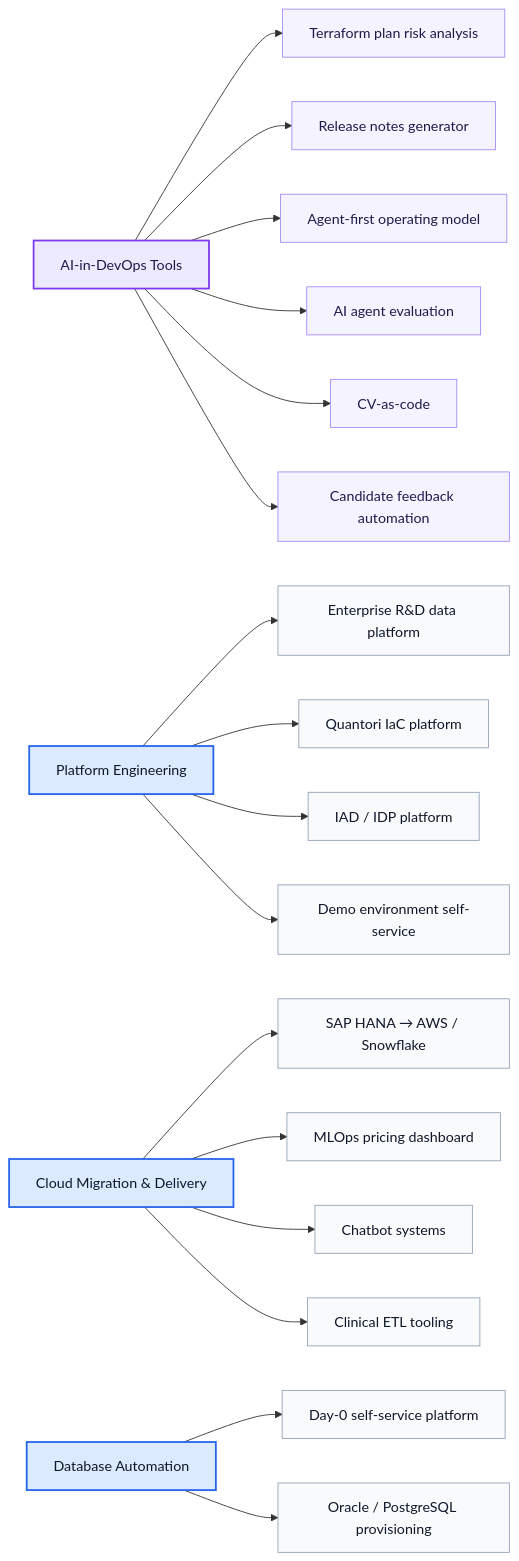
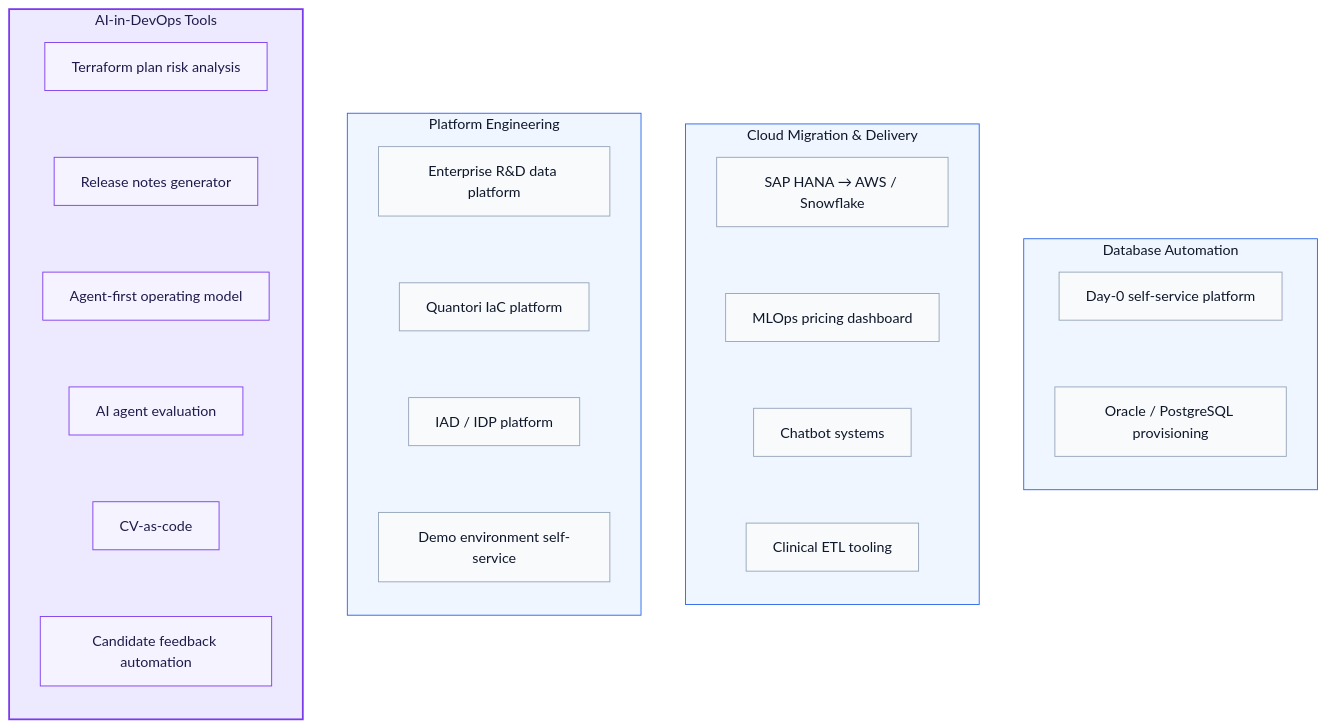
One commit to yurictl/ytimerkhanov-index.md changed the first of 2 diagrams in README.md. Above: the diagram before and after it, drawn with Mermaid. The commit also changed other lines of this file, not shown here.

Commit message:
Portfolio map: four compact columns instead of a tall tree

````diff
--- a/README.md
+++ b/README.md
@@ -48,24 +48,29 @@
 ```mermaid
 flowchart LR
-    A["AI-in-DevOps Tools"]
-    B["Platform Engineering"]
-    C["Cloud Migration & Delivery"]
-    D["Database Automation"]
+    subgraph A["AI-in-DevOps Tools"]
+        direction TB
+        A1["Terraform plan risk analysis"] ~~~ A2["Release notes generator"] ~~~ A3["Agent-first operating model"] ~~~ A4["AI agent evaluation"] ~~~ A5["CV-as-code"] ~~~ A6["Candidate feedback automation"]
+    end
+    subgraph B["Platform Engineering"]
+        direction TB
+        B1["Enterprise R&D data platform"] ~~~ B2["Quantori IaC platform"] ~~~ B3["IAD / IDP platform"] ~~~ B4["Demo environment self-service"]
+    end
+    subgraph C["Cloud Migration & Delivery"]
+        direction TB
+        C1["SAP HANA → AWS / Snowflake"] ~~~ C2["MLOps pricing dashboard"] ~~~ C3["Chatbot systems"] ~~~ C4["Clinical ETL tooling"]
+    end
+    subgraph D["Database Automation"]
+        direction TB
+        D1["Day-0 self-service platform"] ~~~ D2["Oracle / PostgreSQL provisioning"]
+    end
+    A ~~~ B ~~~ C ~~~ D
 
-    A --> A1["Terraform plan risk analysis"] & A2["Release notes generator"] & A3["Agent-first operating model"]
-    A --> A4["AI agent evaluation"] & A5["CV-as-code"] & A6["Candidate feedback automation"]
-    B --> B1["Enterprise R&D data platform"] & B2["Quantori IaC platform"]
-    B --> B3["IAD / IDP platform"] & B4["Demo environment self-service"]
-    C --> C1["SAP HANA → AWS / Snowflake"] & C2["MLOps pricing dashboard"]
-    C --> C3["Chatbot systems"] & C4["Clinical ETL tooling"]
-    D --> D1["Day-0 self-service platform"] & D2["Oracle / PostgreSQL provisioning"]
-
-    classDef ai fill:#EDE9FE,stroke:#7C3AED,color:#1E1B4B,stroke-width:2px
-    classDef aiLeaf fill:#F5F3FF,stroke:#A78BFA,color:#1E1B4B
-    classDef core fill:#DBEAFE,stroke:#2563EB,color:#0F172A,stroke-width:2px
+    classDef aiLeaf fill:#F5F3FF,stroke:#7C3AED,color:#1E1B4B
     classDef leaf fill:#F8FAFC,stroke:#94A3B8,color:#0F172A
-    class A ai
     class A1,A2,A3,A4,A5,A6 aiLeaf
-    class B,C,D core
     class B1,B2,B3,B4,C1,C2,C3,C4,D1,D2 leaf
+    style A fill:#EDE9FE,stroke:#7C3AED,stroke-width:2px,color:#1E1B4B
+    style B fill:#EFF6FF,stroke:#2563EB,color:#0F172A
+    style C fill:#EFF6FF,stroke:#2563EB,color:#0F172A
+    style D fill:#EFF6FF,stroke:#2563EB,color:#0F172A
 ```
````
